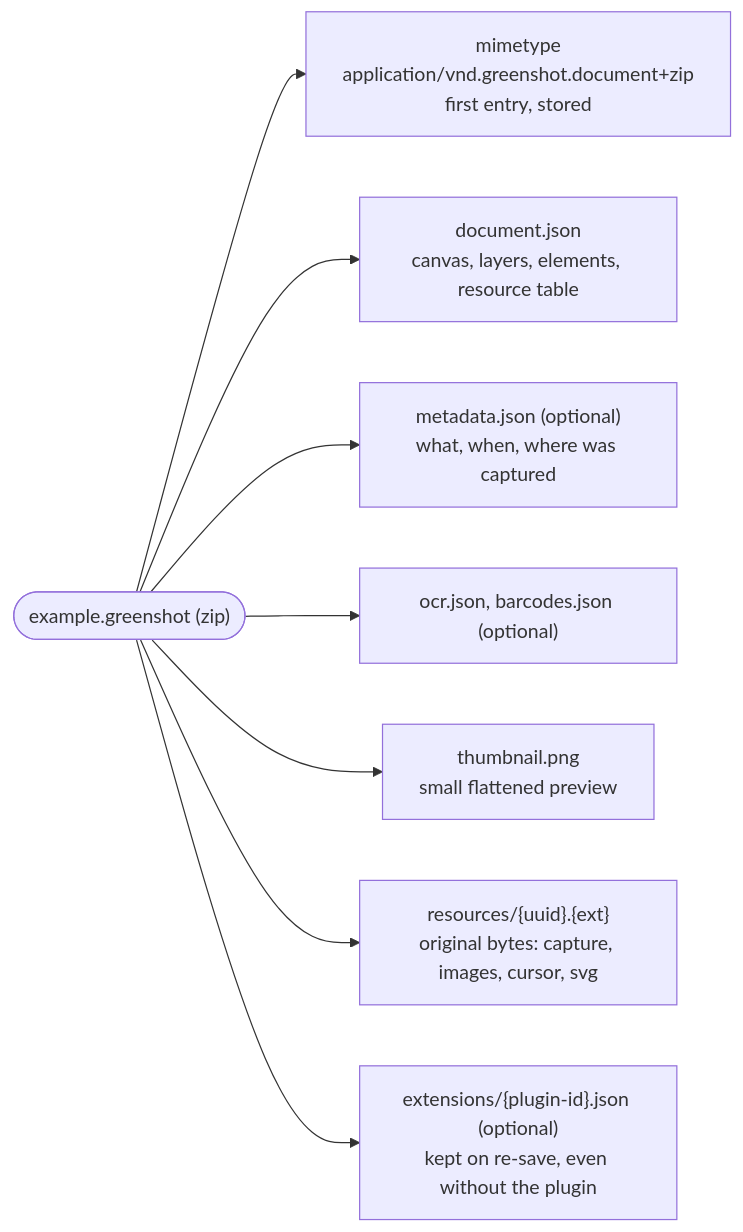
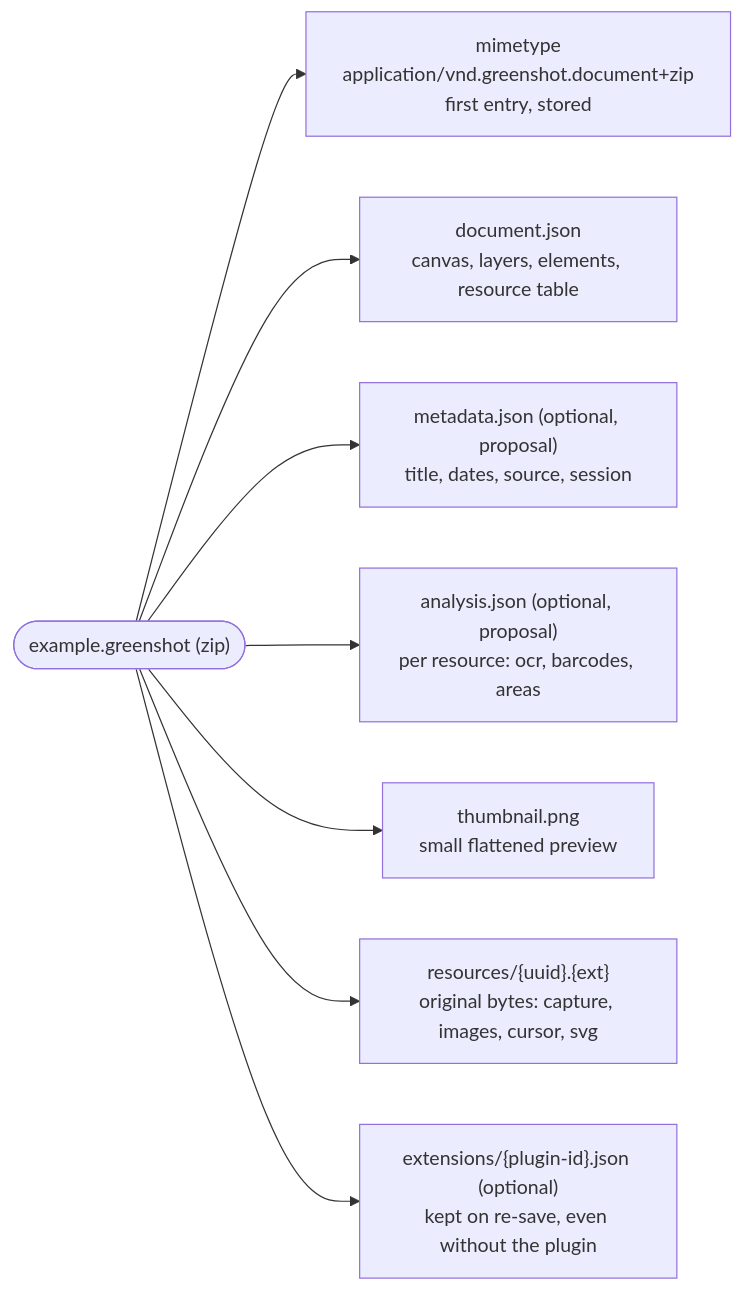
One commit to greenshot/greenshot changed the fourth of 5 diagrams in docs/document-model.md. Above: the diagram before and after it, drawn with Mermaid. The commit also changed other lines of this file, not shown here.

First line of the commit message:
Document model docs: package layout with metadata.json and analysis.json

````diff
--- a/docs/document-model.md
+++ b/docs/document-model.md
@@ -620,11 +621,11 @@
 ```mermaid
 flowchart LR
     Zip(["example.greenshot (zip)"])
     Zip --> Mimetype["mimetype<br/>application/vnd.greenshot.document+zip<br/>first entry, stored"]
     Zip --> DocumentJson["document.json<br/>canvas, layers, elements, resource table"]
-    Zip --> Metadata["metadata.json (optional)<br/>what, when, where was captured"]
-    Zip --> Analysis["ocr.json, barcodes.json (optional)"]
+    Zip --> Metadata["metadata.json (optional, proposal)<br/>title, dates, source, session"]
+    Zip --> Analysis["analysis.json (optional, proposal)<br/>per resource: ocr, barcodes, areas"]
     Zip --> Thumbnail["thumbnail.png<br/>small flattened preview"]
     Zip --> Resources["resources/{uuid}.{ext}<br/>original bytes: capture, images, cursor, svg"]
     Zip --> Extensions["extensions/{plugin-id}.json (optional)<br/>kept on re-save, even without the plugin"]
 ```
````
